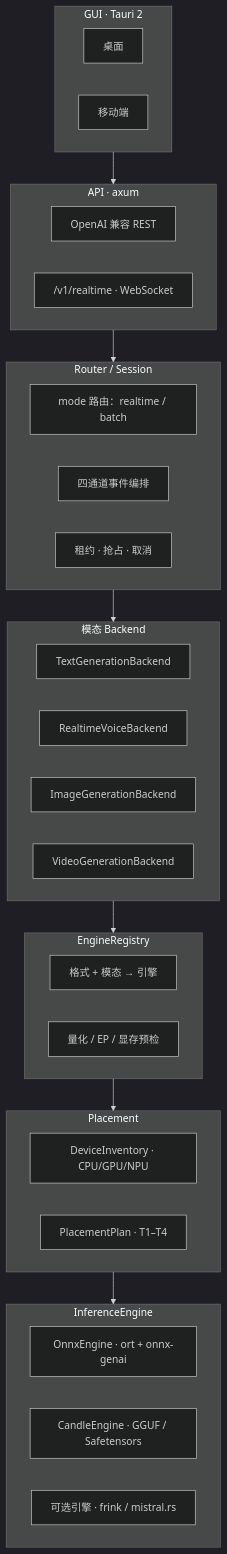
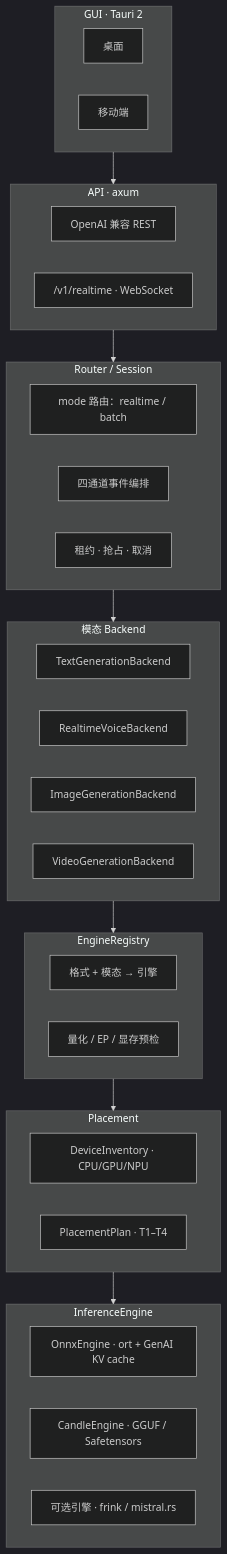
The diagram in README.md (hongweifei/UniInfer), drawn with Mermaid (dark theme) before and after one commit. The commit also changed other lines of this file and 9 other files, not shown here.

````diff
--- a/README.md
+++ b/README.md
@@ -68,44 +68,44 @@
 ```mermaid
 flowchart TB
     subgraph API["API · axum"]
         A1["OpenAI 兼容 REST"]
         A2["/v1/realtime · WebSocket"]
     end
 
     subgraph Router["Router / Session"]
         R1["mode 路由：realtime / batch"]
         R2["四通道事件编排"]
         R3["租约 · 抢占 · 取消"]
     end
 
     subgraph Traits["模态 Backend"]
         T1["TextGenerationBackend"]
         T2["RealtimeVoiceBackend"]
         T3["ImageGenerationBackend"]
         T4["VideoGenerationBackend"]
     end
 
     subgraph Registry["EngineRegistry"]
         G1["格式 + 模态 → 引擎"]
         G2["量化 / EP / 显存预检"]
     end
 
     subgraph Placement["Placement"]
         P1["DeviceInventory · CPU/GPU/NPU"]
         P2["PlacementPlan · T1–T4"]
     end
 
     subgraph Engines["InferenceEngine"]
-        E1["OnnxEngine · ort + onnx-genai"]
+        E1["OnnxEngine · ort + GenAI KV cache"]
         E2["CandleEngine · GGUF / Safetensors"]
         E3["可选引擎 · frink / mistral.rs"]
     end
 
     subgraph GUI["GUI · Tauri 2"]
         U1["桌面"]
         U2["移动端"]
     end
 
     API --> Router --> Traits --> Registry --> Placement --> Engines
     GUI --> API
 ```
````
